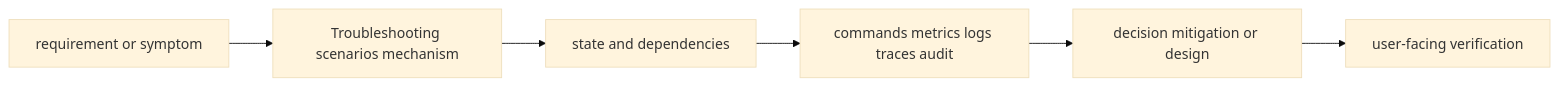
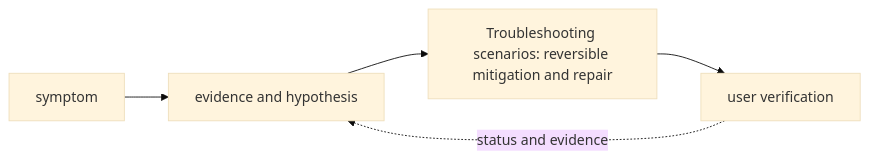
One commit to tomkidumbuyo/DevOps-interview-preparation changed the diagram in 13-scenarios/02-troubleshooting-scenarios/README.md. Above: the diagram before and after it, drawn with Mermaid (base theme). The commit also changed other lines of this file and 753 other files, not shown here.

````diff
--- a/13-scenarios/02-troubleshooting-scenarios/README.md
+++ b/13-scenarios/02-troubleshooting-scenarios/README.md
@@ -21,8 +31,7 @@
 ```mermaid
 flowchart LR
-  R[requirement or symptom] --> M[Troubleshooting scenarios mechanism]
-  M --> S[state and dependencies]
-  S --> O[commands metrics logs traces audit]
-  O --> D[decision mitigation or design]
-  D --> V[user-facing verification]
+  A["symptom"] --> B["evidence and hypothesis"]
+  B --> C["Troubleshooting scenarios: reversible mitigation and repair"]
+  C --> D["user verification"]
+  D -. "status and evidence" .-> B
 ```
````
